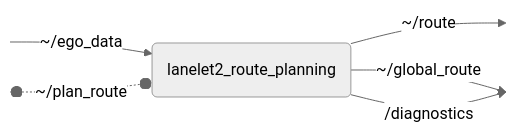
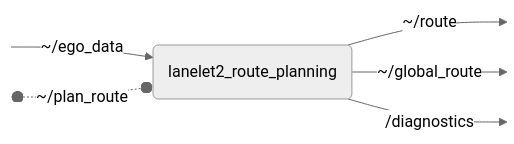
The diagram in lanelet2_route_planning/README.md (openads-project/lanelet2_route_planning), drawn with Mermaid (neutral theme) before and after one commit. The commit also changed other lines of this file, not shown here.

````diff
--- a/lanelet2_route_planning/README.md
+++ b/lanelet2_route_planning/README.md
@@ -11,10 +11,10 @@
 ```mermaid
 flowchart LR
     NODE("lanelet2_route_planning")
     S0:::hidden -->|~/ego_data| NODE
     NODE -->|~/route| P0:::hidden
     NODE -->|~/global_route| P1:::hidden
-    NODE -->|/diagnostics| P1:::hidden
+    NODE -->|/diagnostics| P2:::hidden
     AS0:::hidden o-.-o|~/plan_route| NODE
     classDef hidden display: none;
 ```
````
